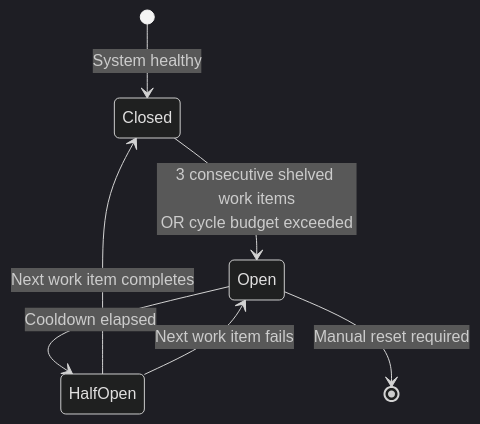
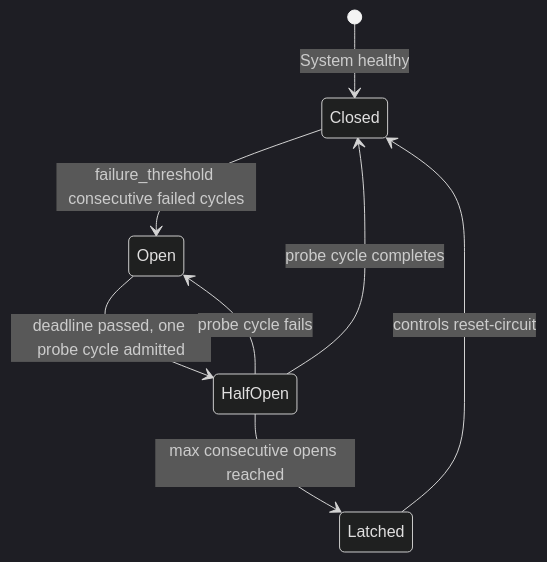
Before and after one commit to no-magic-ai/apprentice: the fifth of 7 diagrams in docs/system-design.md, drawn with Mermaid (dark theme). The commit also changed other lines of this file and 18 other files, not shown here.

````diff
--- a/docs/system-design.md
+++ b/docs/system-design.md
@@ -462,9 +460,10 @@
 ```mermaid
 stateDiagram-v2
     [*] --> Closed: System healthy
-    Closed --> Open: 3 consecutive shelved work items<br/>OR cycle budget exceeded
-    Open --> HalfOpen: Cooldown elapsed
-    HalfOpen --> Closed: Next work item completes
-    HalfOpen --> Open: Next work item fails
-    Open --> [*]: Manual reset required
+    Closed --> Open: failure_threshold consecutive failed cycles
+    Open --> HalfOpen: deadline passed, one probe cycle admitted
+    HalfOpen --> Closed: probe cycle completes
+    HalfOpen --> Open: probe cycle fails
+    HalfOpen --> Latched: max consecutive opens reached
+    Latched --> Closed: controls reset-circuit
 ```
````
